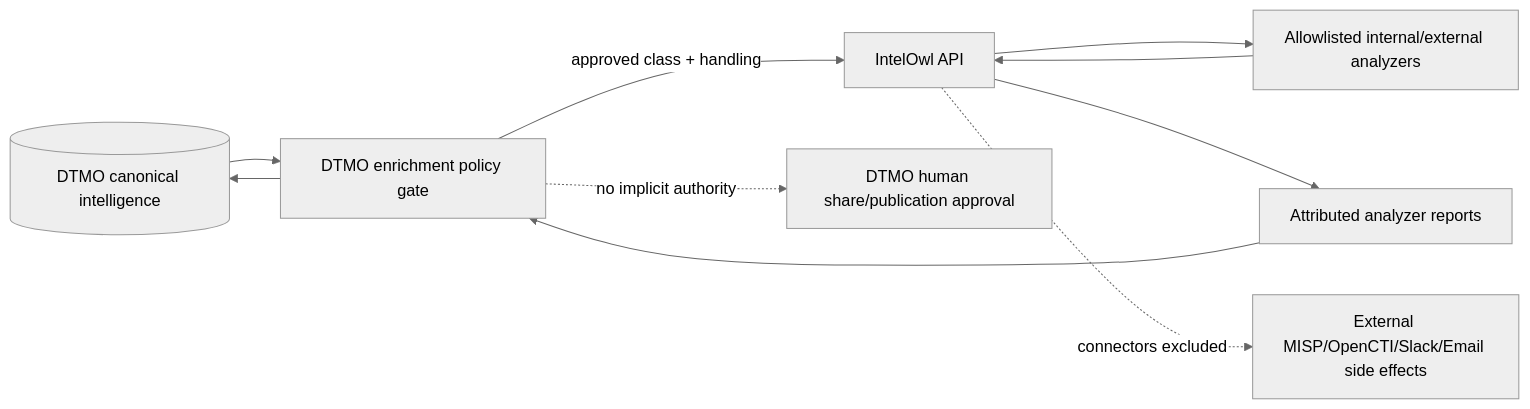
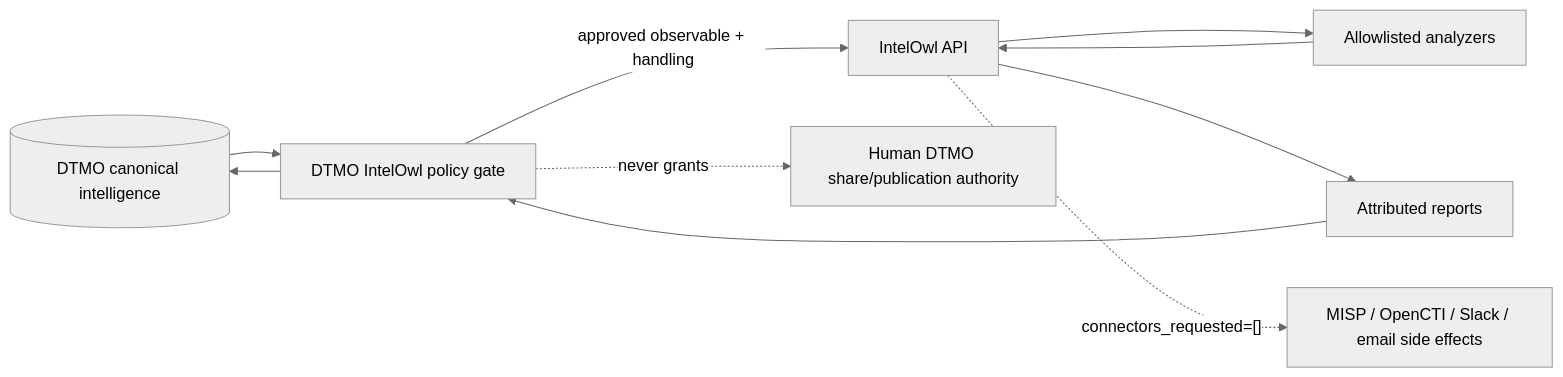
The second of 2 diagrams in docs/integrations/INTELOWL_INTEGRATION.md (GJvManen/dtmo), drawn with Mermaid (neutral theme) before and after one commit. The commit also changed other lines of this file, not shown here.

Commit message:
docs: document bounded IntelOwl adapter implementation

````diff
--- a/docs/integrations/INTELOWL_INTEGRATION.md
+++ b/docs/integrations/INTELOWL_INTEGRATION.md
@@ -36,12 +38,12 @@
 ```mermaid
 flowchart LR
-    C[(DTMO canonical intelligence)] --> G[DTMO enrichment policy gate]
-    G -->|approved class + handling| A[IntelOwl API]
-    A --> P[Allowlisted internal/external analyzers]
+    C[(DTMO canonical intelligence)] --> G[DTMO IntelOwl policy gate]
+    G -->|approved observable + handling| A[IntelOwl API]
+    A --> P[Allowlisted analyzers]
     P --> A
-    A --> R[Attributed analyzer reports]
+    A --> R[Attributed reports]
     R --> G
     G --> C
-    G -. no implicit authority .-> S[DTMO human share/publication approval]
-    A -. connectors excluded .-> X[External MISP/OpenCTI/Slack/Email side effects]
+    G -. never grants .-> S[Human DTMO share/publication authority]
+    A -. connectors_requested=[] .-> X[MISP / OpenCTI / Slack / email side effects]
 ```
````
